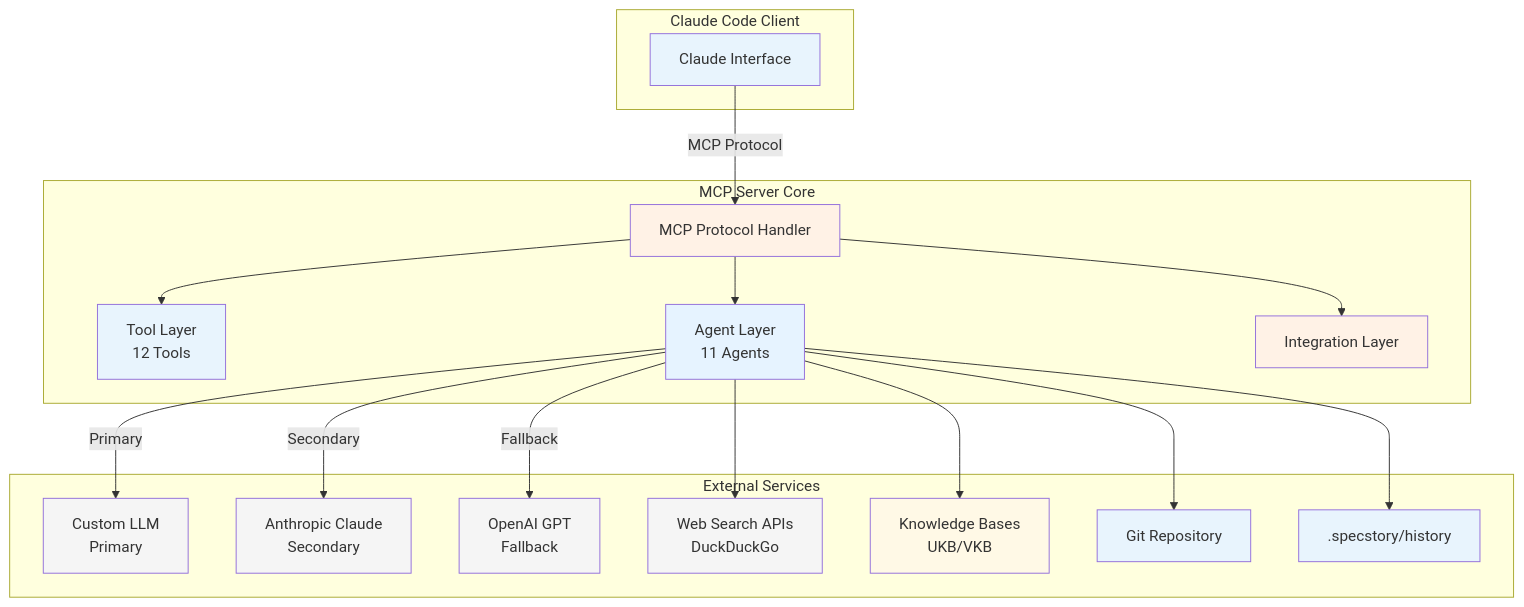
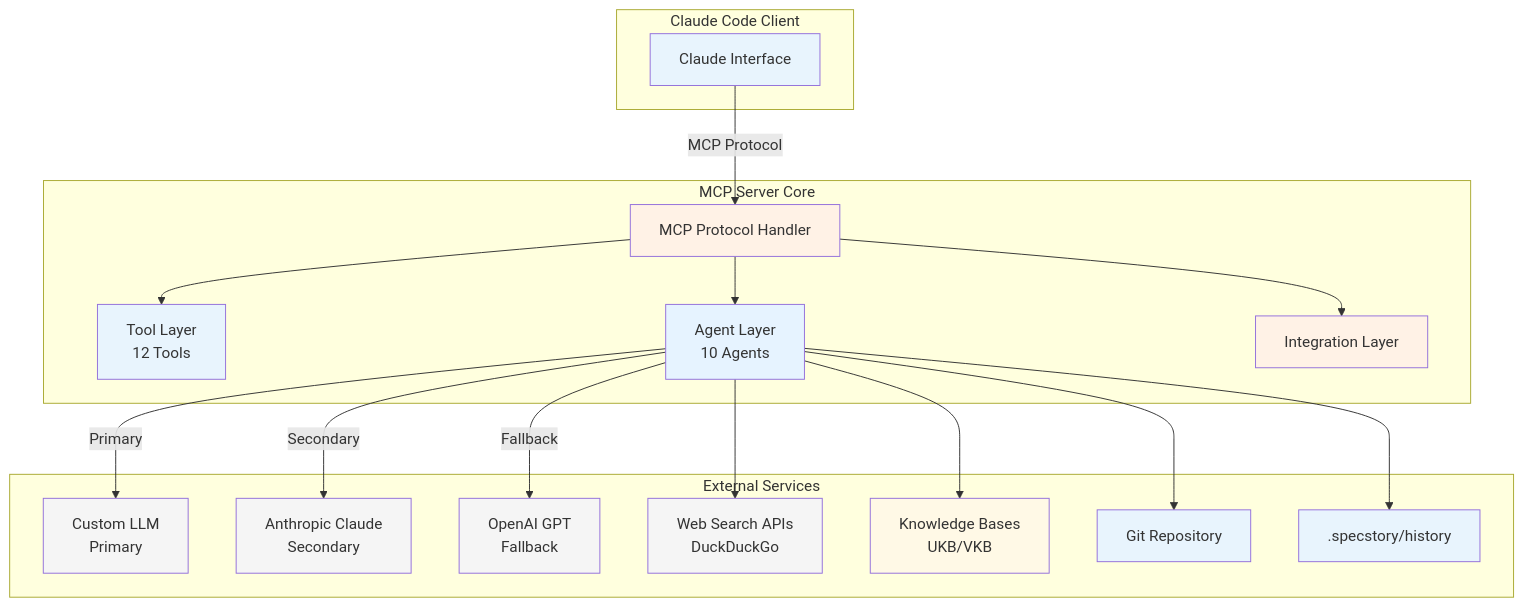
Before and after one commit to fwornle/mcp-server-semantic-analysis: the second of 3 diagrams in README.md, drawn with Mermaid. The commit also changed other lines of this file, not shown here.

````diff
--- a/README.md
+++ b/README.md
@@ -175,49 +174,49 @@
 ```mermaid
 graph TB
     subgraph "Claude Code Client"
         CLAUDE[Claude Interface]
     end
     
     subgraph "MCP Server Core"
         MCP[MCP Protocol Handler]
         TOOLS[Tool Layer<br/>12 Tools]
-        AGENTS[Agent Layer<br/>11 Agents]
+        AGENTS[Agent Layer<br/>10 Agents]
         INTEG[Integration Layer]
     end
     
     subgraph "External Services"
         CUSTOM[Custom LLM<br/>Primary]
         ANTHROPIC[Anthropic Claude<br/>Secondary]
         OPENAI[OpenAI GPT<br/>Fallback]
         SEARCH[Web Search APIs<br/>DuckDuckGo]
         KB[Knowledge Bases<br/>UKB/VKB]
         GIT[Git Repository]
         HIST[.specstory/history]
     end
     
     CLAUDE -->|MCP Protocol| MCP
     MCP --> TOOLS
     MCP --> AGENTS
     MCP --> INTEG
     
     AGENTS -->|Primary| CUSTOM
     AGENTS -->|Secondary| ANTHROPIC
     AGENTS -->|Fallback| OPENAI
     AGENTS --> SEARCH
     AGENTS --> KB
     AGENTS --> GIT
     AGENTS --> HIST
     
     style CLAUDE fill:#e8f4fd
     style MCP fill:#fff2e6
     style TOOLS fill:#e8f4fd
     style AGENTS fill:#e6f3ff
     style INTEG fill:#fff2e6
     style CUSTOM fill:#f5f5f5
     style ANTHROPIC fill:#f5f5f5
     style OPENAI fill:#f5f5f5
     style SEARCH fill:#f5f5f5
     style KB fill:#fff9e6
     style GIT fill:#e8f4fd
     style HIST fill:#e8f4fd
 ```
````
